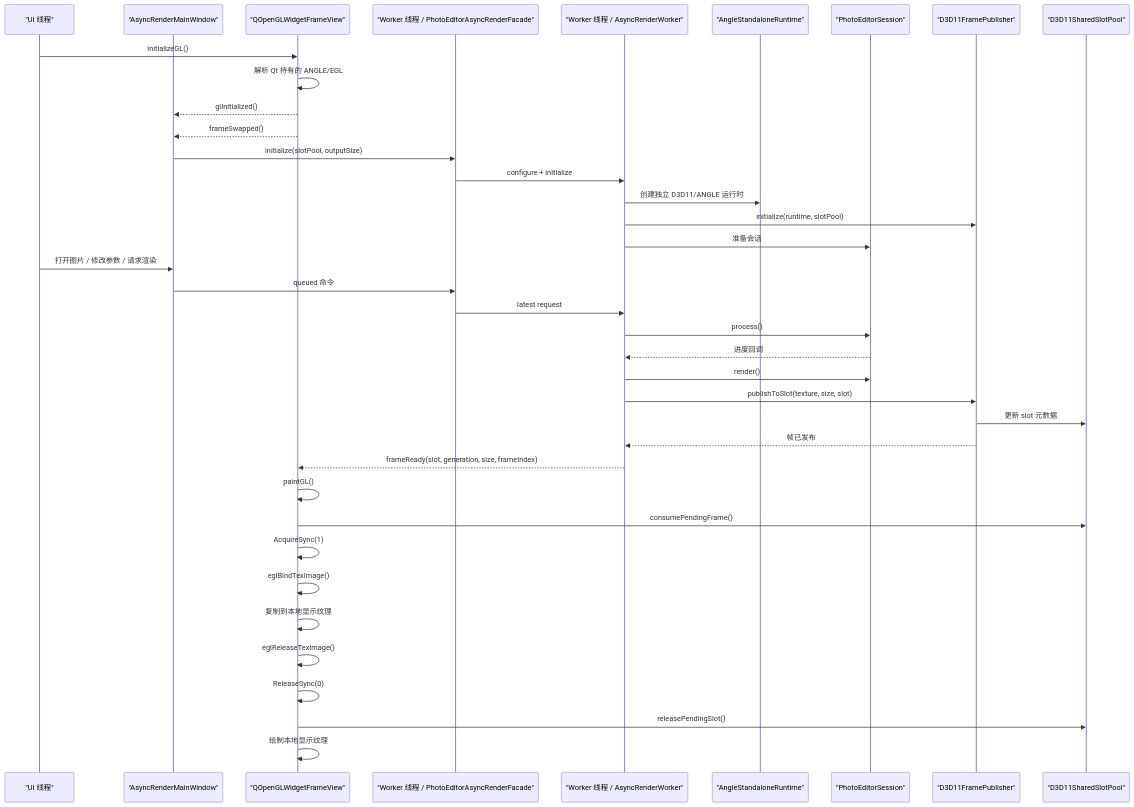
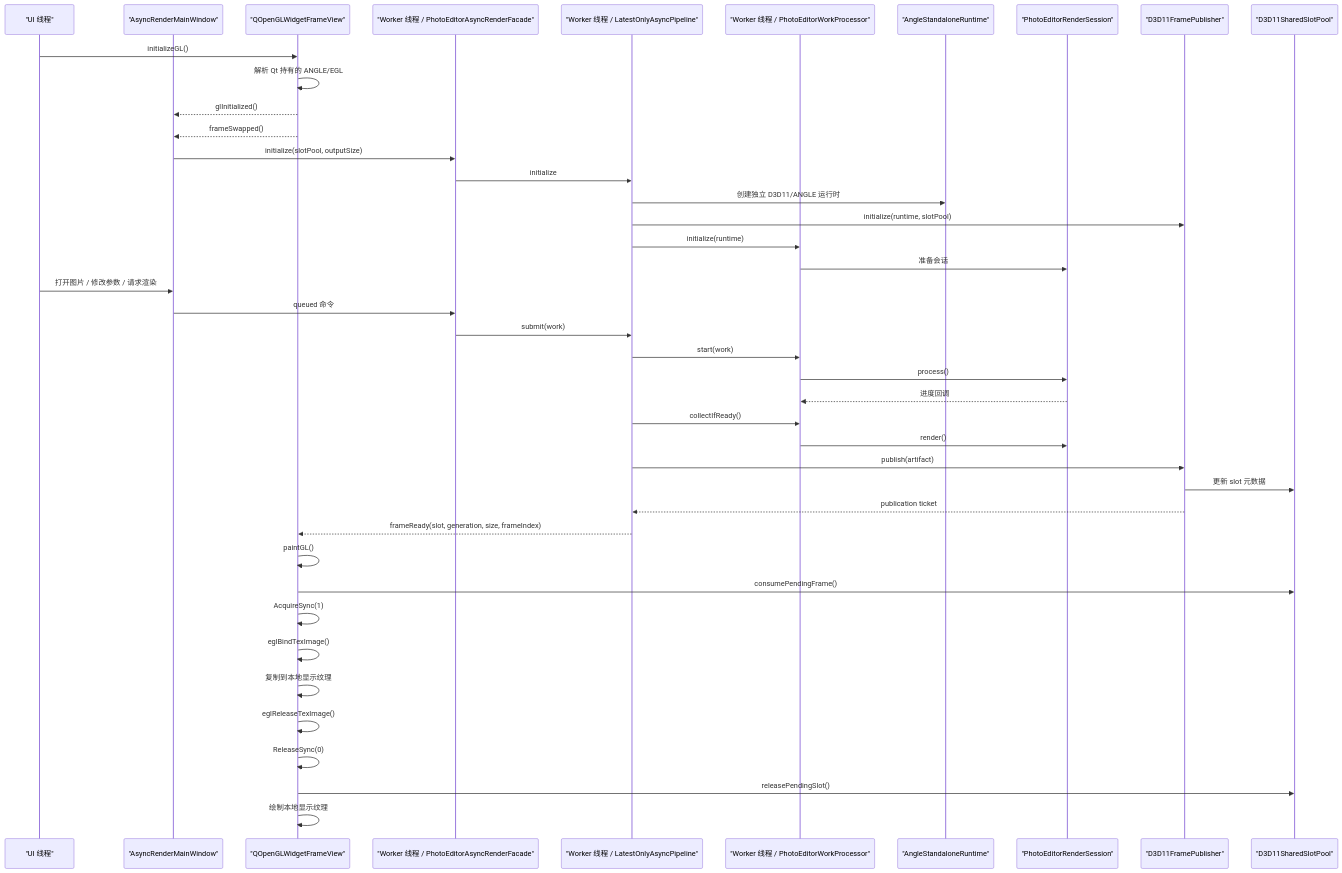
One commit to Peranger1/Gles2AsyncRender changed the second of 2 diagrams in ARCHITECTURE.md. Above: the diagram before and after it, drawn with Mermaid. The commit also changed other lines of this file and 51 other files, not shown here.

Commit message:
Refactor async render pipeline and remove legacy worker chain

````diff
--- a/ARCHITECTURE.md
+++ b/ARCHITECTURE.md
@@ -189,43 +211,47 @@
 ```mermaid
 sequenceDiagram
     participant UI as "UI 线程"
     participant Win as "AsyncRenderMainWindow"
     participant Wgt as "QOpenGLWidgetFrameView"
     participant Fac as "Worker 线程 / PhotoEditorAsyncRenderFacade"
-    participant Wkr as "Worker 线程 / AsyncRenderWorker"
+    participant Pipe as "Worker 线程 / LatestOnlyAsyncPipeline"
+    participant Proc as "Worker 线程 / PhotoEditorWorkProcessor"
     participant RT as "AngleStandaloneRuntime"
-    participant Alg as "PhotoEditorSession"
+    participant Alg as "PhotoEditorRenderSession"
     participant Pub as "D3D11FramePublisher"
     participant Pool as "D3D11SharedSlotPool"
 
     UI->>Wgt: initializeGL()
     Wgt->>Wgt: 解析 Qt 持有的 ANGLE/EGL
     Wgt-->>Win: glInitialized()
     Wgt-->>Win: frameSwapped()
     Win->>Fac: initialize(slotPool, outputSize)
-    Fac->>Wkr: configure + initialize
-    Wkr->>RT: 创建独立 D3D11/ANGLE 运行时
-    Wkr->>Pub: initialize(runtime, slotPool)
-    Wkr->>Alg: 准备会话
+    Fac->>Pipe: initialize
+    Pipe->>RT: 创建独立 D3D11/ANGLE 运行时
+    Pipe->>Pub: initialize(runtime, slotPool)
+    Pipe->>Proc: initialize(runtime)
+    Proc->>Alg: 准备会话
 
     UI->>Win: 打开图片 / 修改参数 / 请求渲染
     Win->>Fac: queued 命令
-    Fac->>Wkr: latest request
-    Wkr->>Alg: process()
-    Alg-->>Wkr: 进度回调
-    Wkr->>Alg: render()
-    Wkr->>Pub: publishToSlot(texture, size, slot)
+    Fac->>Pipe: submit(work)
+    Pipe->>Proc: start(work)
+    Proc->>Alg: process()
+    Alg-->>Proc: 进度回调
+    Pipe->>Proc: collectIfReady()
+    Proc->>Alg: render()
+    Pipe->>Pub: publish(artifact)
     Pub->>Pool: 更新 slot 元数据
-    Pub-->>Wkr: 帧已发布
-    Wkr-->>Wgt: frameReady(slot, generation, size, frameIndex)
+    Pub-->>Pipe: publication ticket
+    Pipe-->>Wgt: frameReady(slot, generation, size, frameIndex)
 
     Wgt->>Wgt: paintGL()
     Wgt->>Pool: consumePendingFrame()
     Wgt->>Wgt: AcquireSync(1)
     Wgt->>Wgt: eglBindTexImage()
     Wgt->>Wgt: 复制到本地显示纹理
     Wgt->>Wgt: eglReleaseTexImage()
     Wgt->>Wgt: ReleaseSync(0)
     Wgt->>Pool: releasePendingSlot()
     Wgt->>Wgt: 绘制本地显示纹理
 ```
````
